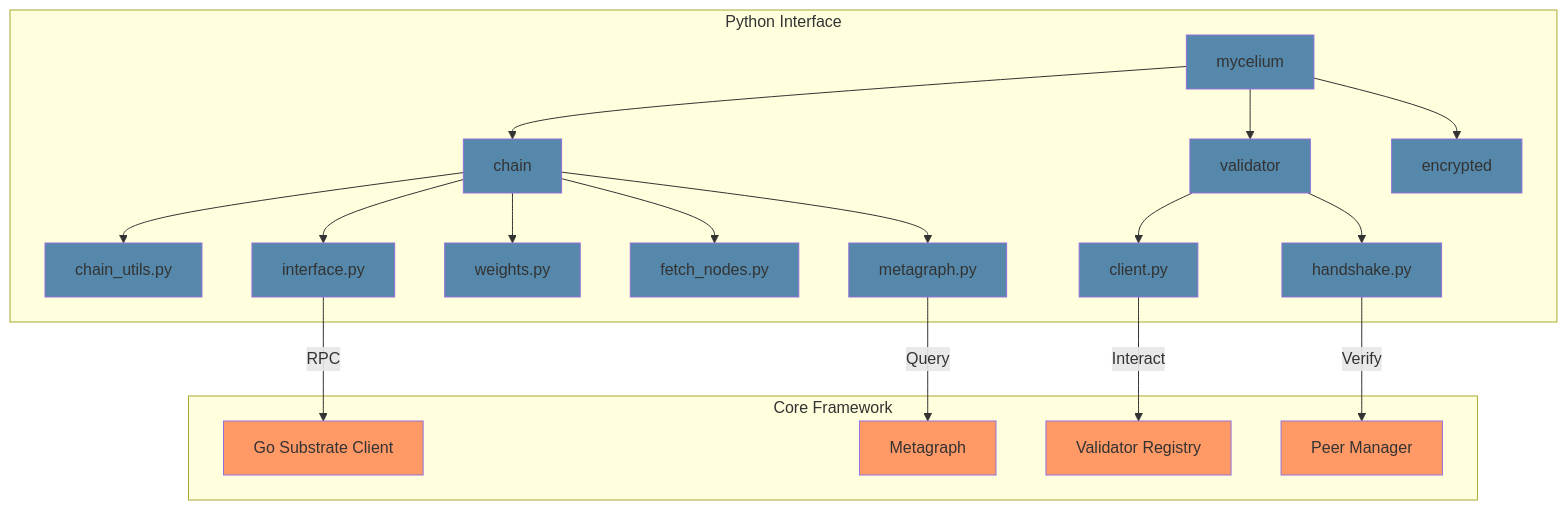
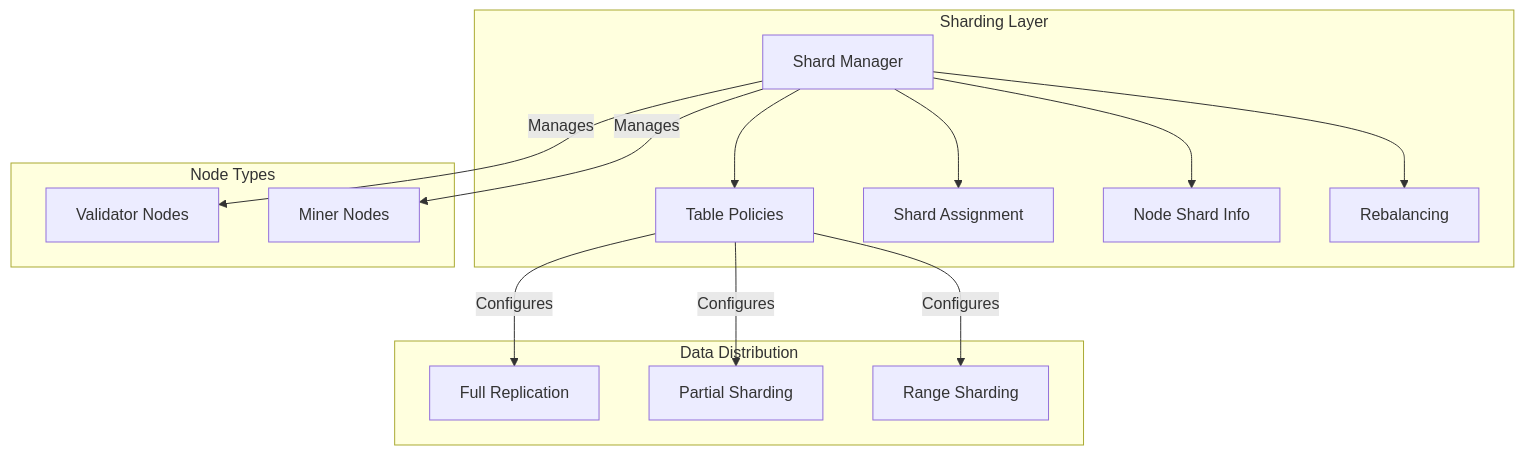
One commit to Nickel5-Inc/mycelium changed the fifth of 5 diagrams in ARCHITECTURE.md. Above: the diagram before and after it, drawn with Mermaid. The commit also changed other lines of this file and 125 other files, not shown here.

````diff
--- a/ARCHITECTURE.md
+++ b/ARCHITECTURE.md
@@ -140,32 +192,26 @@
 ```mermaid
-graph TD
-    subgraph "Python Interface"
-        A[mycelium] --> B[chain]
-        A --> C[validator]
-        A --> D[encrypted]
-        B --> E[chain_utils.py]
-        B --> F[interface.py]
-        B --> G[weights.py]
-        B --> H[fetch_nodes.py]
-        B --> I[metagraph.py]
-        C --> J[client.py]
-        C --> K[handshake.py]
+graph TB
+    subgraph "Sharding Layer"
+        SM[Shard Manager] --> TP[Table Policies]
+        SM --> SA[Shard Assignment]
+        SM --> NSI[Node Shard Info]
+        SM --> RB[Rebalancing]
     end
 
-    subgraph "Core Framework"
-        L[Go Substrate Client]
-        M[Validator Registry]
-        N[Metagraph]
-        O[Peer Manager]
+    subgraph "Node Types"
+        V[Validator Nodes]
+        M[Miner Nodes]
     end
 
-    F -->|RPC| L
-    I -->|Query| N
-    J -->|Interact| M
-    K -->|Verify| O
+    subgraph "Data Distribution"
+        FR[Full Replication]
+        PS[Partial Sharding]
+        RS[Range Sharding]
+    end
 
-    classDef python fill:#58a
-    classDef go fill:#f96
-    class A,B,C,D,E,F,G,H,I,J,K python
-    class L,M,N,O go
+    SM -->|Manages| V
+    SM -->|Manages| M
+    TP -->|Configures| FR
+    TP -->|Configures| PS
+    TP -->|Configures| RS
 ```
````
